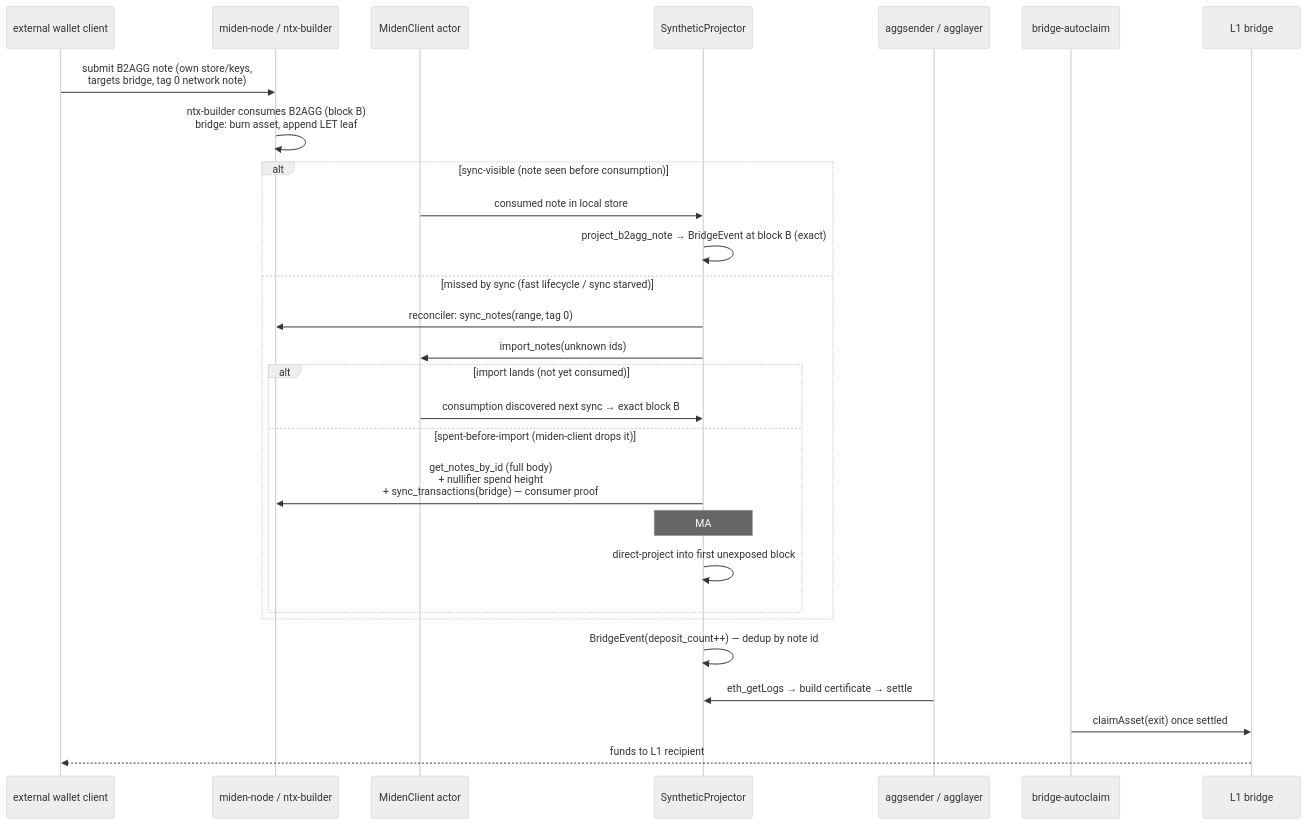
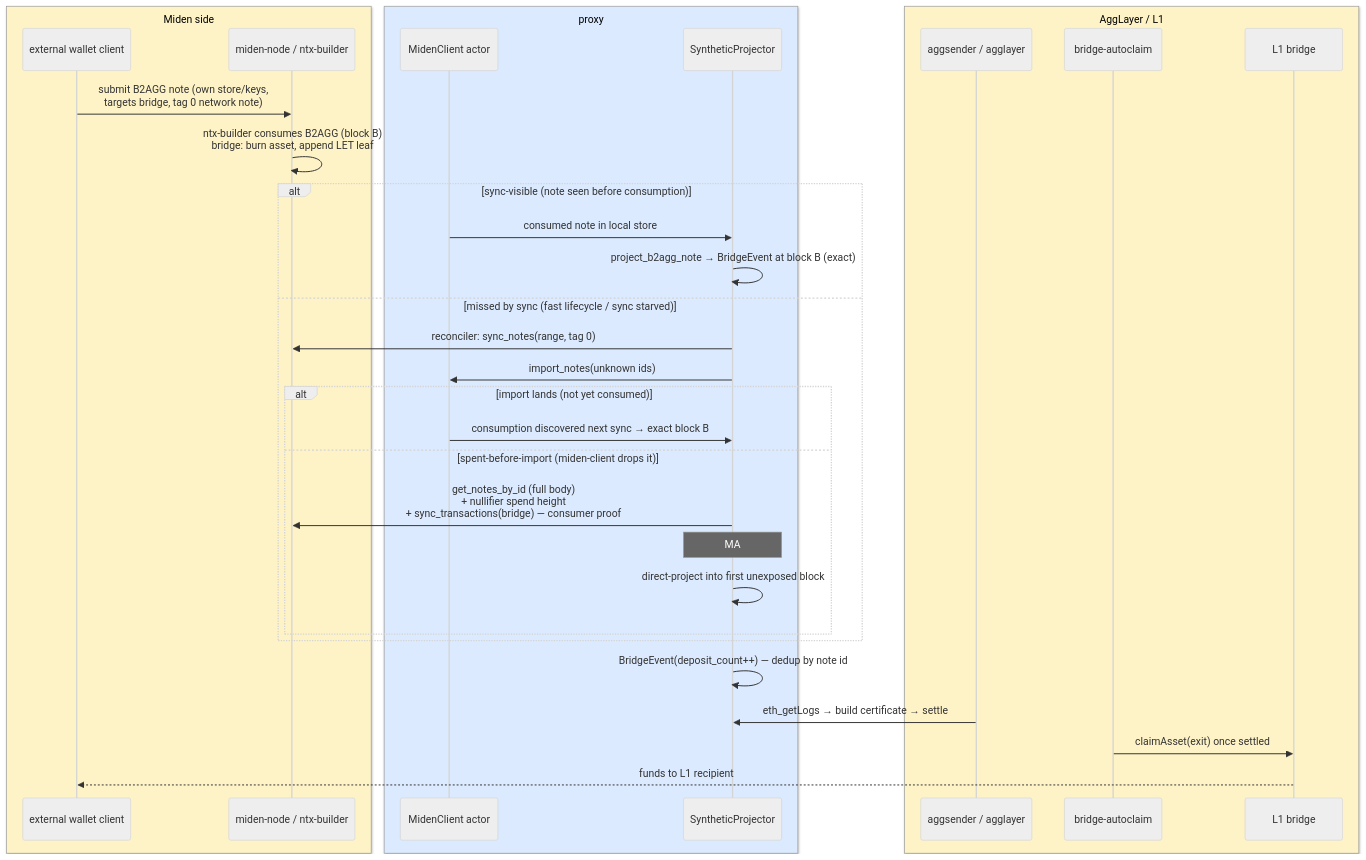
The fourth of 7 diagrams in docs/ARCHITECTURE.md (gateway-fm/miden-agglayer), drawn with Mermaid (neutral theme) before and after one commit. The commit also changed other lines of this file, not shown here.

Commit message:
docs: color-code sequence diagrams (box grouping: proxy=blue, external=amber)

````diff
--- a/docs/ARCHITECTURE.md
+++ b/docs/ARCHITECTURE.md
@@ -139,31 +151,37 @@
 ```mermaid
 sequenceDiagram
-    participant EW as external wallet client
-    participant N as miden-node / ntx-builder
-    participant MC as MidenClient actor
-    participant SP as SyntheticProjector
-    participant AS as aggsender / agglayer
-    participant AC as bridge-autoclaim
-    participant L1 as L1 bridge
+    box rgb(254,243,199) Miden side
+        participant EW as external wallet client
+        participant N as miden-node / ntx-builder
+    end
+    box rgb(219,234,254) proxy
+        participant MC as MidenClient actor
+        participant SP as SyntheticProjector
+    end
+    box rgb(254,243,199) AggLayer / L1
+        participant AS as aggsender / agglayer
+        participant AC as bridge-autoclaim
+        participant L1 as L1 bridge
+    end
 
     EW->>N: submit B2AGG note (own store/keys,<br/>targets bridge, tag 0 network note)
     N->>N: ntx-builder consumes B2AGG (block B)<br/>bridge: burn asset, append LET leaf
     alt sync-visible (note seen before consumption)
         MC->>SP: consumed note in local store
         SP->>SP: project_b2agg_note → BridgeEvent at block B (exact)
     else missed by sync (fast lifecycle / sync starved)
         SP->>N: reconciler: sync_notes(range, tag 0)
         SP->>MC: import_notes(unknown ids)
         alt import lands (not yet consumed)
             MC->>SP: consumption discovered next sync → exact block B
         else spent-before-import (miden-client drops it)
             SP->>N: get_notes_by_id (full body)<br/>+ nullifier spend height<br/>+ sync_transactions(bridge) — consumer proof
             Note over SP: MA#3 gate: only bridge-executed<br/>consumptions emit (reclaims fail closed)
             SP->>SP: direct-project into first unexposed block
         end
     end
     SP->>SP: BridgeEvent(deposit_count++) — dedup by note id
     AS->>SP: eth_getLogs → build certificate → settle
     AC->>L1: claimAsset(exit) once settled
     L1-->>EW: funds to L1 recipient
 ```
````
